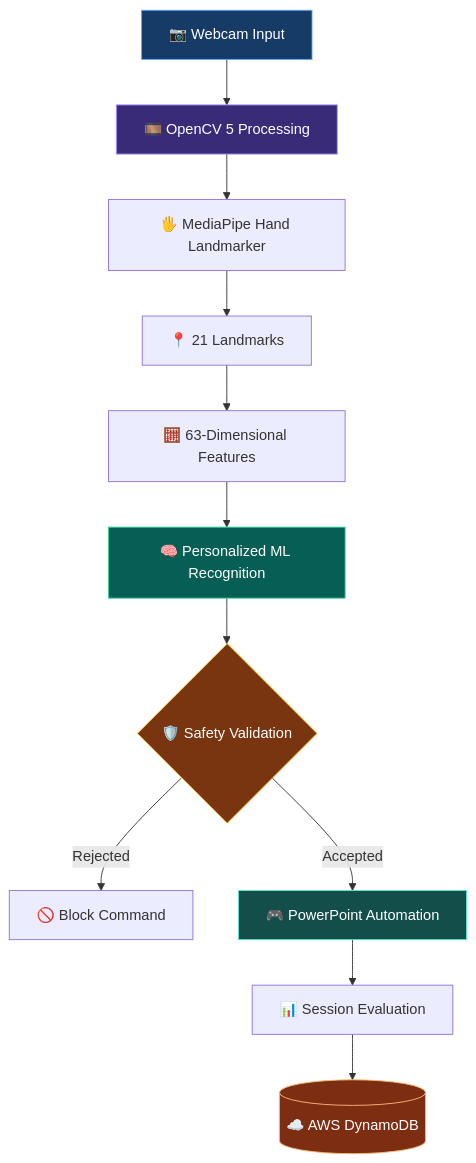
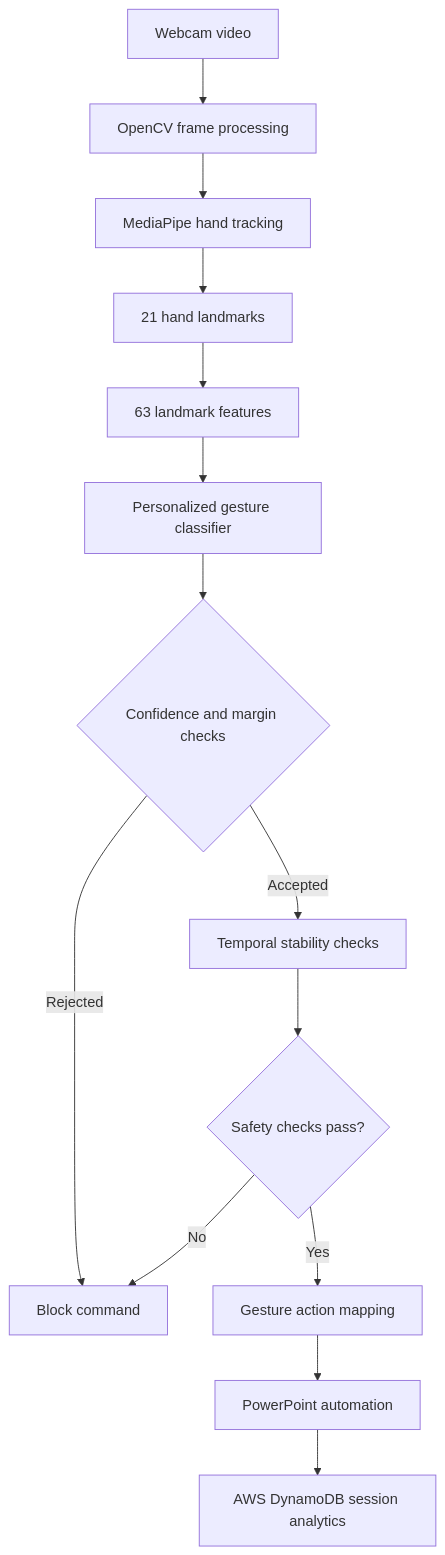
Before and after one commit to snehassneha4578-collab/AI-Hand-Gesture-Presentation-Automation: the diagram in README.md, drawn with Mermaid. The commit also changed other lines of this file, not shown here.

````diff
--- a/README.md
+++ b/README.md
@@ -104,20 +316,16 @@
 ```mermaid
 flowchart TD
-    A["📷 Webcam Input"] --> B["🎞️ OpenCV 5 Processing"]
-    B --> C["🖐️ MediaPipe Hand Landmarker"]
-    C --> D["📍 21 Landmarks"]
-    D --> E["🧮 63-Dimensional Features"]
-    E --> F["🧠 Personalized ML Recognition"]
-    F --> G{"🛡️ Safety Validation"}
-    G -->|Rejected| H["🚫 Block Command"]
-    G -->|Accepted| I["🎮 PowerPoint Automation"]
-    I --> J["📊 Session Evaluation"]
-    J --> K[("☁️ AWS DynamoDB")]
-
-    style A fill:#173B67,color:#FFFFFF,stroke:#60A5FA
-    style B fill:#392B77,color:#FFFFFF,stroke:#A78BFA
-    style F fill:#075E54,color:#FFFFFF,stroke:#34D399
-    style G fill:#78350F,color:#FFFFFF,stroke:#FBBF24
-    style I fill:#134E4A,color:#FFFFFF,stroke:#5EEAD4
-    style K fill:#7C2D12,color:#FFFFFF,stroke:#FDBA74
+    A[Webcam video] --> B[OpenCV frame processing]
+    B --> C[MediaPipe hand tracking]
+    C --> D[21 hand landmarks]
+    D --> E[63 landmark features]
+    E --> F[Personalized gesture classifier]
+    F --> G{Confidence and margin checks}
+    G -->|Rejected| H[Block command]
+    G -->|Accepted| I[Temporal stability checks]
+    I --> J{Safety checks pass?}
+    J -->|No| H
+    J -->|Yes| K[Gesture action mapping]
+    K --> L[PowerPoint automation]
+    L --> M[AWS DynamoDB session analytics]
 ```
````
